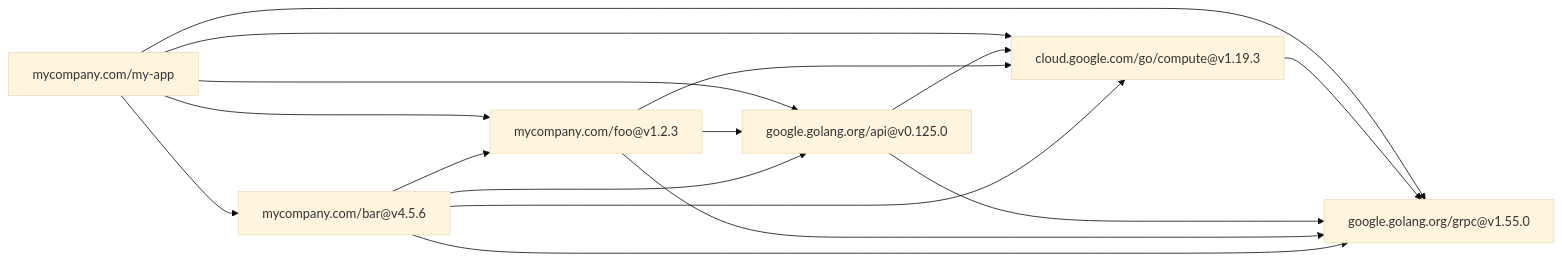
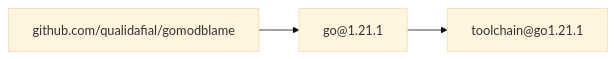
One commit to qualidafial/gomodblame changed the diagram in README.md. Above: the diagram before and after it, drawn with Mermaid (base theme). The commit also changed other lines of this file and 6 other files, not shown here.

````diff
--- a/README.md
+++ b/README.md
@@ -20,24 +20,8 @@
 ```mermaid
 graph LR;
-    n0["google.golang.org/grpc@v1.55.0"];
-    n1["mycompany.com/my-app"];
-    n1 --> n0;
-    n2["cloud.google.com/go/compute@v1.19.3"];
-    n2 --> n0;
+    n0["github.com/qualidafial/gomodblame"];
+    n1["go@1.21.1"];
+    n0 --> n1;
+    n2["toolchain@go1.21.1"];
     n1 --> n2;
-    n3["google.golang.org/api@v0.125.0"];
-    n3 --> n2;
-    n1 --> n3;
-    n4["mycompany.com/foo@v1.2.3"];
-    n4 --> n3;
-    n1 --> n4;
-    n5["mycompany.com/bar@v4.5.6"];
-    n5 --> n4;
-    n1 --> n5;
-    n5 --> n3;
-    n4 --> n2;
-    n5 --> n2;
-    n3 --> n0;
-    n4 --> n0;
-    n5 --> n0;
 ```
````
